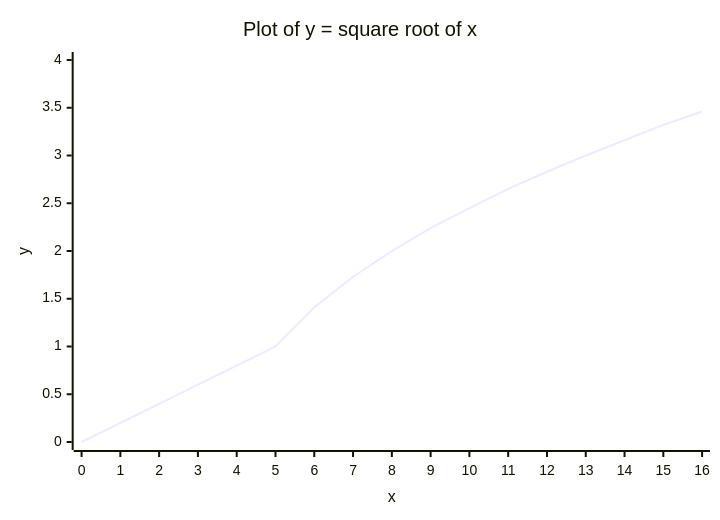
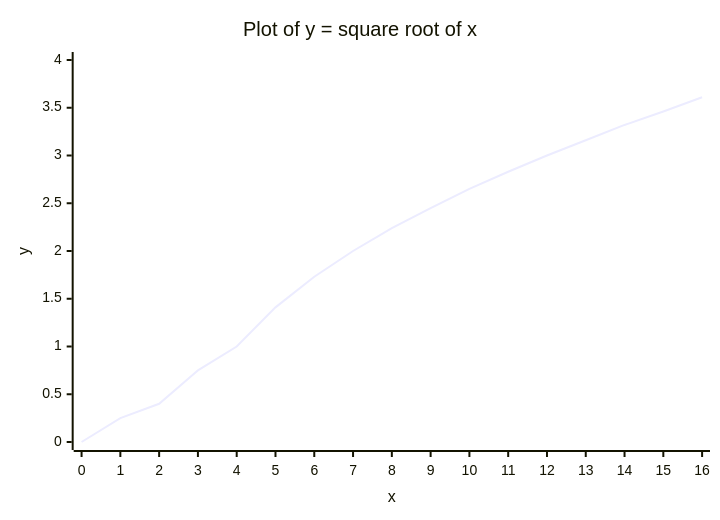
One commit to wayne-whitley/simple-initial-repository changed the diagram in README.md. Above: the diagram before and after it, drawn with Mermaid.

````diff
--- a/README.md
+++ b/README.md
@@ -7,7 +7,7 @@
 ```mermaid
 xychart-beta
     title "Plot of y = square root of x"
     x-axis "x" [0, 1, 2, 3, 4, 5, 6, 7, 8, 9, 10, 11, 12, 13, 14, 15, 16]
     y-axis "y" 0 --> 4
-    line [0.0, 0.2, 0.4, 0.6, 0.8, 1.0, 1.41, 1.73, 2.0, 2.24, 2.45, 2.65, 2.83, 3.0, 3.16, 3.32, 3.46, 3.61, 3.74, 3.87, 4.0]
+    line [0.0, 0.25, 0.4, 0.75, 1.0, 1.41, 1.73, 2.0, 2.24, 2.45, 2.65, 2.83, 3.0, 3.16, 3.32, 3.46, 3.61, 3.74, 3.87, 4.0]
 ```
````
